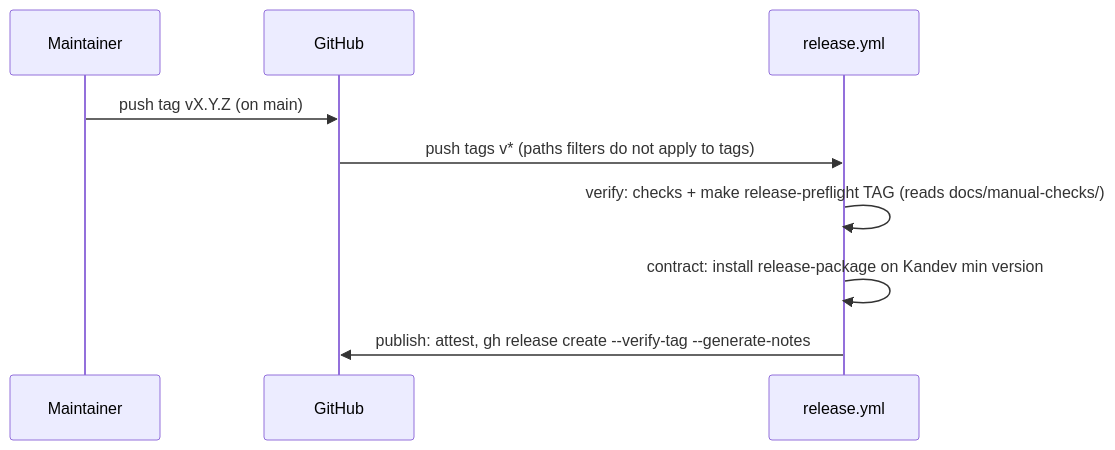
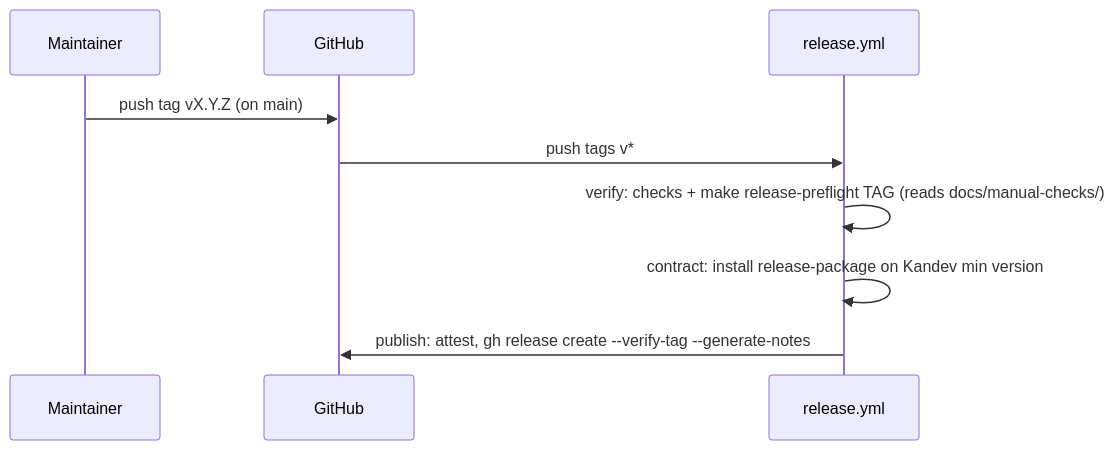
One commit to khuongdo/kandev-plugin-nulab-backlog changed the sixth of 10 diagrams in aidlc/spaces/default/codekb/kandev-plugin-nulab-backlog/architecture.md. Above: the diagram before and after it, drawn with Mermaid. The commit also changed other lines of this file and 53 other files, not shown here.

````diff
--- a/aidlc/spaces/default/codekb/kandev-plugin-nulab-backlog/architecture.md
+++ b/aidlc/spaces/default/codekb/kandev-plugin-nulab-backlog/architecture.md
@@ -122,11 +204,11 @@
 ```mermaid
 sequenceDiagram
   participant D as Maintainer
   participant GH as GitHub
   participant RL as release.yml
   D->>GH: push tag vX.Y.Z (on main)
-  GH->>RL: push tags v* (paths filters do not apply to tags)
+  GH->>RL: push tags v*
   RL->>RL: verify: checks + make release-preflight TAG (reads docs/manual-checks/)
   RL->>RL: contract: install release-package on Kandev min version
   RL->>GH: publish: attest, gh release create --verify-tag --generate-notes
 ```
````
